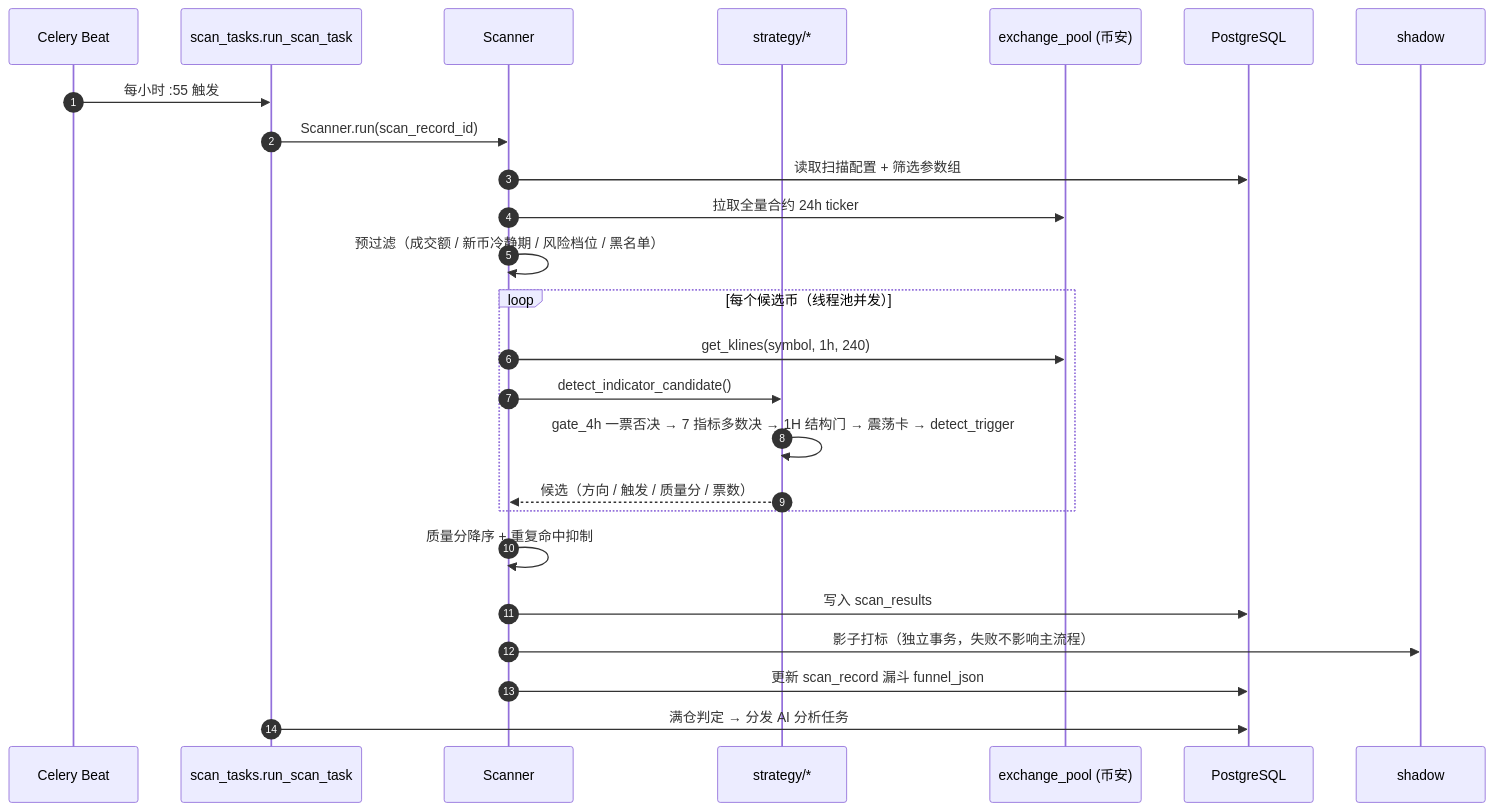
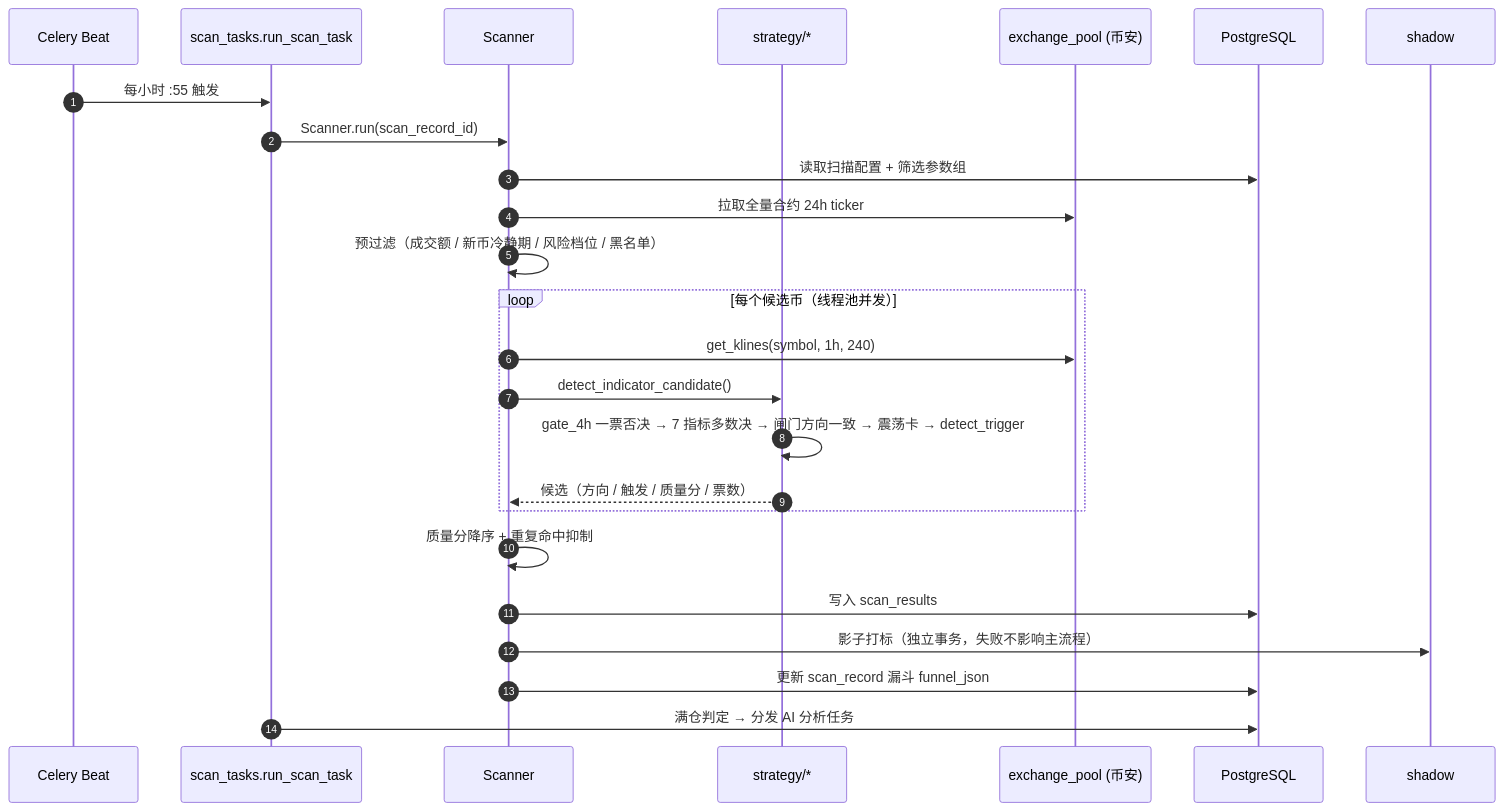
Before and after one commit to wwei-github/trading-workbench: the third of 14 diagrams in frontend/src/assets/CODE_WIKI.md, drawn with Mermaid. The commit also changed other lines of this file and 17 other files, not shown here.

````diff
--- a/frontend/src/assets/CODE_WIKI.md
+++ b/frontend/src/assets/CODE_WIKI.md
@@ -649,28 +649,28 @@
 ```mermaid
 sequenceDiagram
     autonumber
     participant Beat as Celery Beat
     participant Task as scan_tasks.run_scan_task
     participant SC as Scanner
     participant ST as strategy/*
     participant EX as exchange_pool (币安)
     participant DB as PostgreSQL
     participant SH as shadow
 
     Beat->>Task: 每小时 :55 触发
     Task->>SC: Scanner.run(scan_record_id)
     SC->>DB: 读取扫描配置 + 筛选参数组
     SC->>EX: 拉取全量合约 24h ticker
     SC->>SC: 预过滤（成交额 / 新币冷静期 / 风险档位 / 黑名单）
     loop 每个候选币（线程池并发）
         SC->>EX: get_klines(symbol, 1h, 240)
         SC->>ST: detect_indicator_candidate()
-        ST->>ST: gate_4h 一票否决 → 7 指标多数决 → 1H 结构门 → 震荡卡 → detect_trigger
+        ST->>ST: gate_4h 一票否决 → 7 指标多数决 → 闸门方向一致 → 震荡卡 → detect_trigger
         ST-->>SC: 候选（方向 / 触发 / 质量分 / 票数）
     end
     SC->>SC: 质量分降序 + 重复命中抑制
     SC->>DB: 写入 scan_results
     SC->>SH: 影子打标（独立事务，失败不影响主流程）
     SC->>DB: 更新 scan_record 漏斗 funnel_json
     Task->>DB: 满仓判定 → 分发 AI 分析任务
 ```
````
